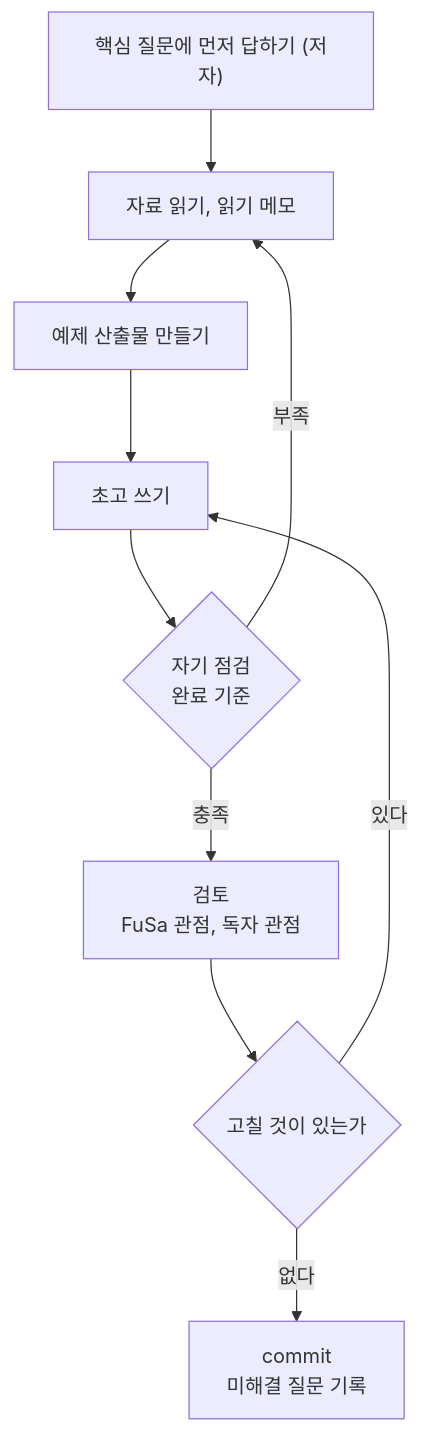
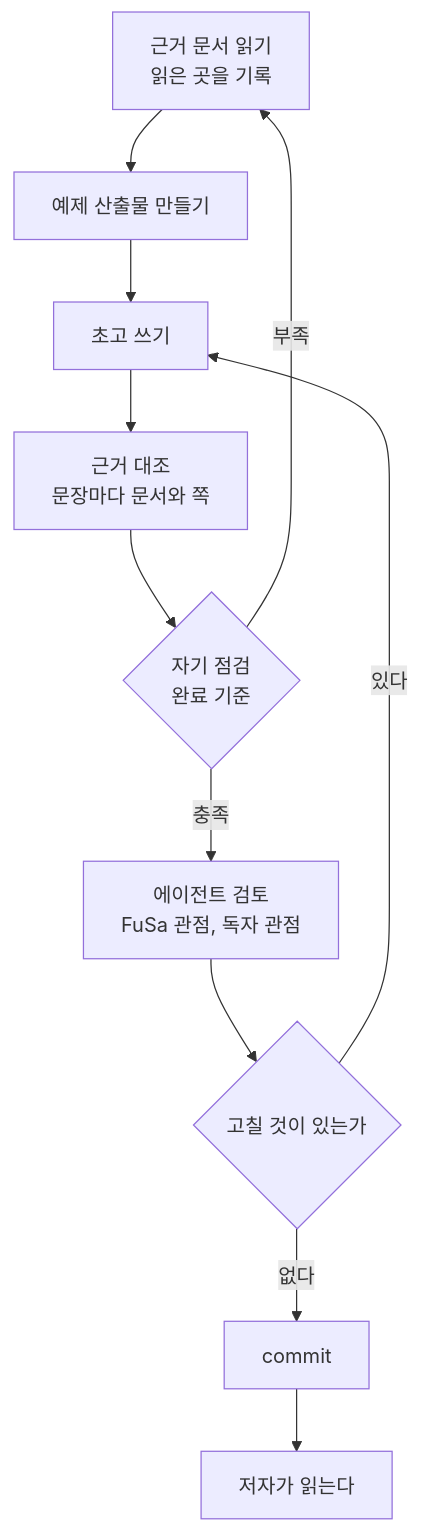
The second of 4 diagrams in PLAN.md (danielhongwoo/fusa), drawn with Mermaid before and after one commit. The commit also changed other lines of this file and 12 other files, not shown here.

````diff
--- a/PLAN.md
+++ b/PLAN.md
@@ -142,12 +144,13 @@
 ```mermaid
 flowchart TD
-    A["핵심 질문에 먼저 답하기 (저자)"] --> B["자료 읽기, 읽기 메모"]
-    B --> C["예제 산출물 만들기"]
-    C --> D["초고 쓰기"]
+    A["근거 문서 읽기<br/>읽은 곳을 기록"] --> B["예제 산출물 만들기"]
+    B --> C["초고 쓰기"]
+    C --> D["근거 대조<br/>문장마다 문서와 쪽"]
     D --> E{"자기 점검<br/>완료 기준"}
-    E -->|부족| B
-    E -->|충족| F["검토<br/>FuSa 관점, 독자 관점"]
+    E -->|부족| A
+    E -->|충족| F["에이전트 검토<br/>FuSa 관점, 독자 관점"]
     F --> G{"고칠 것이 있는가"}
-    G -->|있다| D
-    G -->|없다| H["commit<br/>미해결 질문 기록"]
+    G -->|있다| C
+    G -->|없다| H["commit"]
+    H --> I["저자가 읽는다"]
 ```
````
